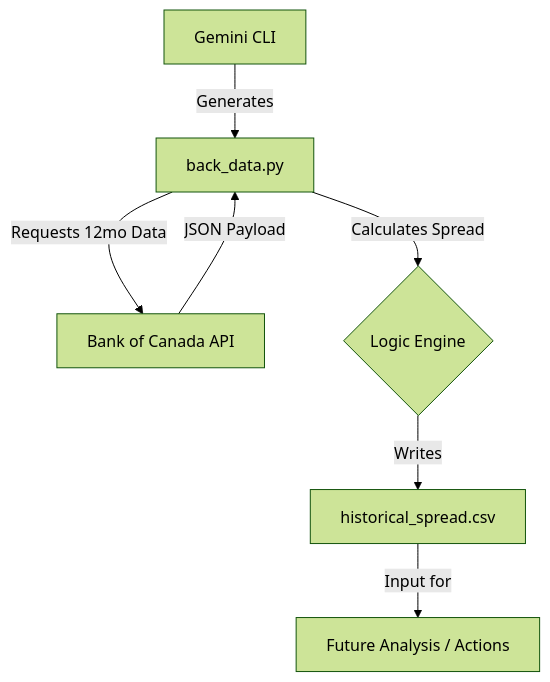
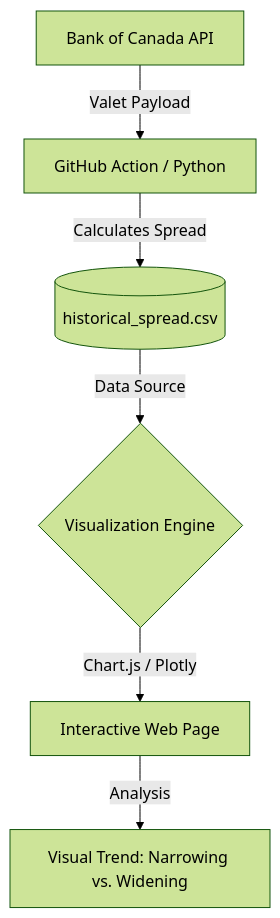
One commit to rnparker/Gemini-Sandbox changed the diagram in graph TD.mmd. Above: the diagram before and after it, drawn with Mermaid (forest theme). The commit also changed 3 other files, not shown here.

```diff
--- a/graph TD.mmd
+++ b/graph TD.mmd
@@ -1,7 +1,6 @@
 graph TD
-    A[Gemini CLI] -- "Generates" --> B[back_data.py]
-    B -- "Requests 12mo Data" --> C[Bank of Canada API]
-    C -- "JSON Payload" --> B
-    B -- "Calculates Spread" --> D{Logic Engine}
-    D -- "Writes" --> E[historical_spread.csv]
-    E -- "Input for" --> F[Future Analysis / Actions]
+    A[Bank of Canada API] -- "Valet Payload" --> B[GitHub Action / Python]
+    B -- "Calculates Spread" --> C[(historical_spread.csv)]
+    C -- "Data Source" --> D{Visualization Engine}
+    D -- "Chart.js / Plotly" --> E[Interactive Web Page]
+    E -- "Analysis" --> F[Visual Trend: Narrowing vs. Widening]
```
